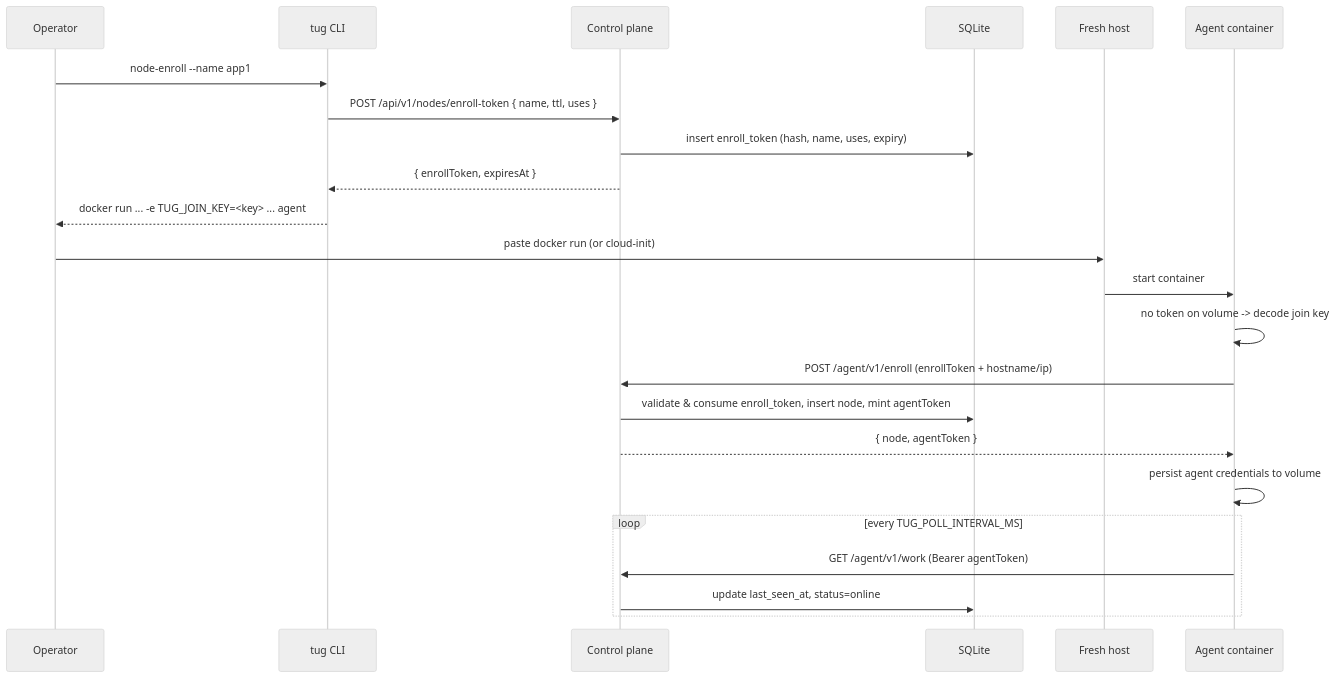
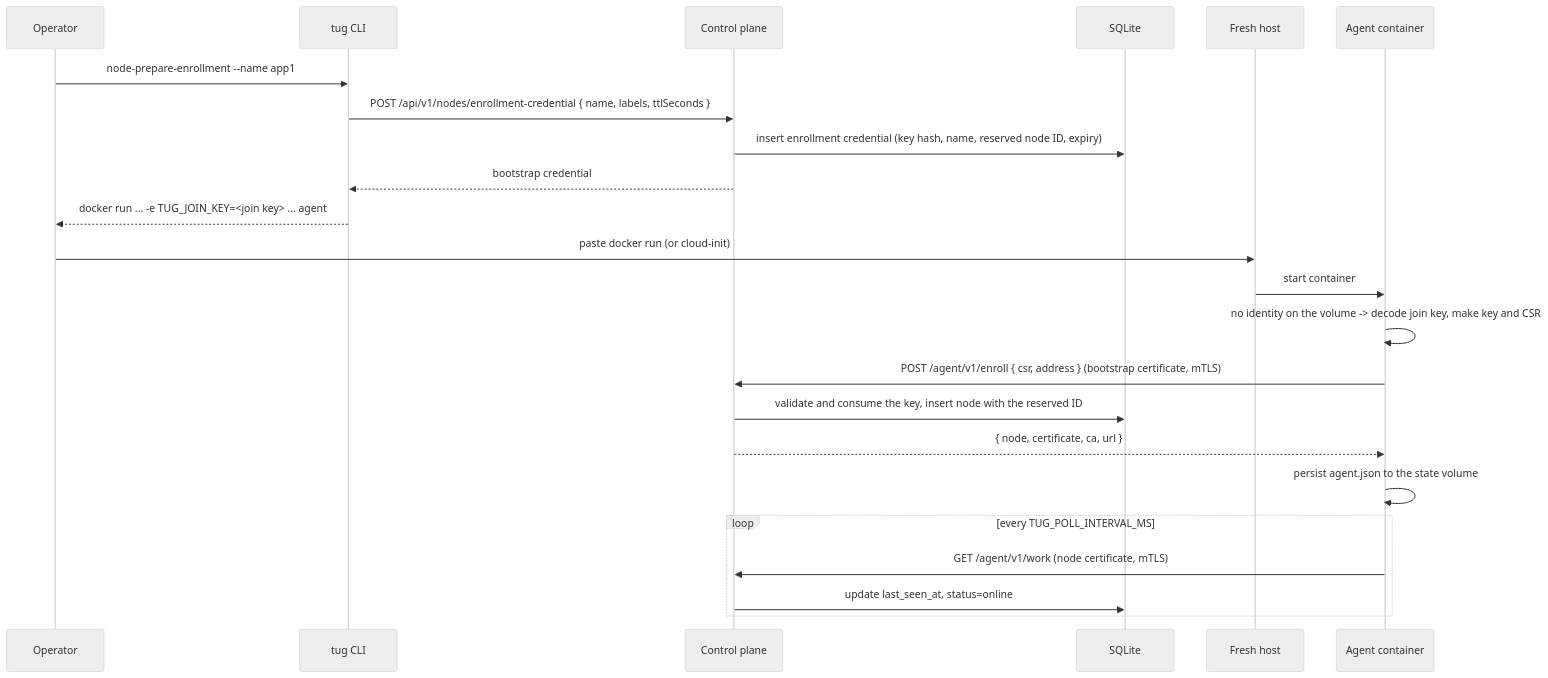
The second of 5 diagrams in docs/architecture.md (wpelevator/tug), drawn with Mermaid (neutral theme) before and after one commit. The commit also changed other lines of this file and 119 other files, not shown here.

Commit message:
feat: one mTLS control port for nodes, operators and CI (#45)

````diff
--- a/docs/architecture.md
+++ b/docs/architecture.md
@@ -88,26 +95,26 @@
 ```mermaid
 sequenceDiagram
     participant Op as Operator
     participant CLI as tug CLI
     participant Ctrl as Control plane
     participant DB as SQLite
     participant Host as Fresh host
     participant Agent as Agent container
 
-    Op->>CLI: node-enroll --name app1
-    CLI->>Ctrl: POST /api/v1/nodes/enroll-token { name, ttl, uses }
-    Ctrl->>DB: insert enroll_token (hash, name, uses, expiry)
-    Ctrl-->>CLI: { enrollToken, expiresAt }
-    CLI-->>Op: docker run ... -e TUG_JOIN_KEY=<key> ... agent
+    Op->>CLI: node-prepare-enrollment --name app1
+    CLI->>Ctrl: POST /api/v1/nodes/enrollment-credential { name, labels, ttlSeconds }
+    Ctrl->>DB: insert enrollment credential (key hash, name, reserved node ID, expiry)
+    Ctrl-->>CLI: bootstrap credential
+    CLI-->>Op: docker run ... -e TUG_JOIN_KEY=<join key> ... agent
     Op->>Host: paste docker run (or cloud-init)
     Host->>Agent: start container
-    Agent->>Agent: no token on volume -> decode join key
-    Agent->>Ctrl: POST /agent/v1/enroll (enrollToken + hostname/ip)
-    Ctrl->>DB: validate & consume enroll_token, insert node, mint agentToken
-    Ctrl-->>Agent: { node, agentToken }
-    Agent->>Agent: persist agent credentials to volume
+    Agent->>Agent: no identity on the volume -> decode join key, make key and CSR
+    Agent->>Ctrl: POST /agent/v1/enroll { csr, address } (bootstrap certificate, mTLS)
+    Ctrl->>DB: validate and consume the key, insert node with the reserved ID
+    Ctrl-->>Agent: { node, certificate, ca, url }
+    Agent->>Agent: persist agent.json to the state volume
     loop every TUG_POLL_INTERVAL_MS
-        Agent->>Ctrl: GET /agent/v1/work (Bearer agentToken)
+        Agent->>Ctrl: GET /agent/v1/work (node certificate, mTLS)
         Ctrl->>DB: update last_seen_at, status=online
     end
 ```
````
